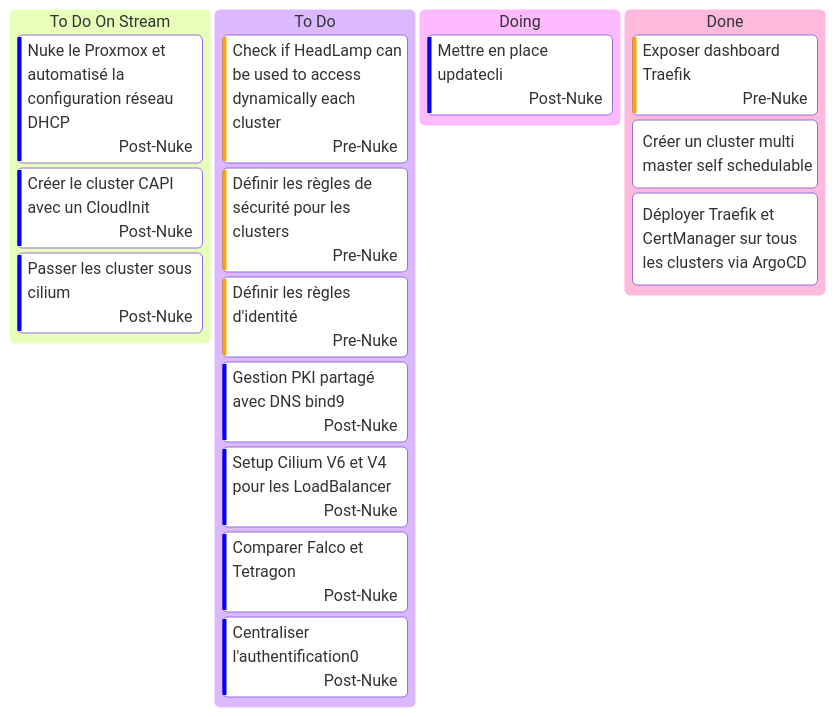
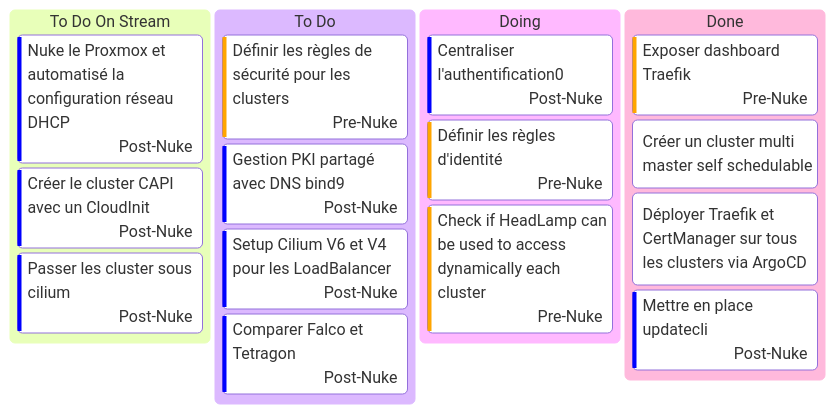
Before and after one commit to batleforc/weebo-si: the diagram in docs/0.introduction/kanban.md, drawn with Mermaid. The commit also changed other lines of this file and 12 other files, not shown here.

````diff
--- a/docs/0.introduction/kanban.md
+++ b/docs/0.introduction/kanban.md
@@ -3,27 +3,27 @@
 ```mermaid
 ---
 config:
   kanban:
     ticketBaseUrl: 'https://github.com/batleforc/weebo-si/issue/#TICKET#'
 ---
 
 kanban
   todoS[To Do On Stream]
     us4[Nuke le Proxmox et automatisé la configuration réseau DHCP]@{ assigned: Post-Nuke, priority: 'Low'}
     us5[Créer le cluster CAPI avec un CloudInit]@{ assigned: Post-Nuke, priority: 'Low'}
     us6[Passer les cluster sous cilium]@{ assigned: Post-Nuke, priority: 'Low'}
   todo[To Do]
-    use8[Check if HeadLamp can be used to access dynamically each cluster]@{ assigned: Pre-Nuke, priority: 'High'}
     us3[Définir les règles de sécurité pour les clusters]@{ assigned: Pre-Nuke, priority: 'High'}
-    us8[Définir les règles d'identité]@{ assigned: Pre-Nuke, priority: 'High'}
     us7[Gestion PKI partagé avec DNS bind9]@{ assigned: Post-Nuke, priority: 'Low'}
     use10[Setup Cilium V6 et V4 pour les LoadBalancer]@{ assigned: Post-Nuke, priority: 'Low'}
     us11[Comparer Falco et Tetragon]@{ assigned: Post-Nuke, priority: 'Low'}
+  doing[Doing]
     use12[Centraliser l'authentification0]@{ assigned: Post-Nuke, priority: 'Low'}
-  doing[Doing]
-    us9[Mettre en place updatecli]@{ assigned: Post-Nuke, priority: 'Low'}
+    us8[Définir les règles d'identité]@{ assigned: Pre-Nuke, priority: 'High'}
+    use8[Check if HeadLamp can be used to access dynamically each cluster]@{ assigned: Pre-Nuke, priority: 'High'}
   done[Done]
     us7[Exposer dashboard Traefik]@{ assigned: Pre-Nuke, priority: 'High'}
     us1[Créer un cluster multi master self schedulable]
     us2[Déployer Traefik et CertManager sur tous les clusters via ArgoCD]
+    us9[Mettre en place updatecli]@{ assigned: Post-Nuke, priority: 'Low'}
 ```
````
